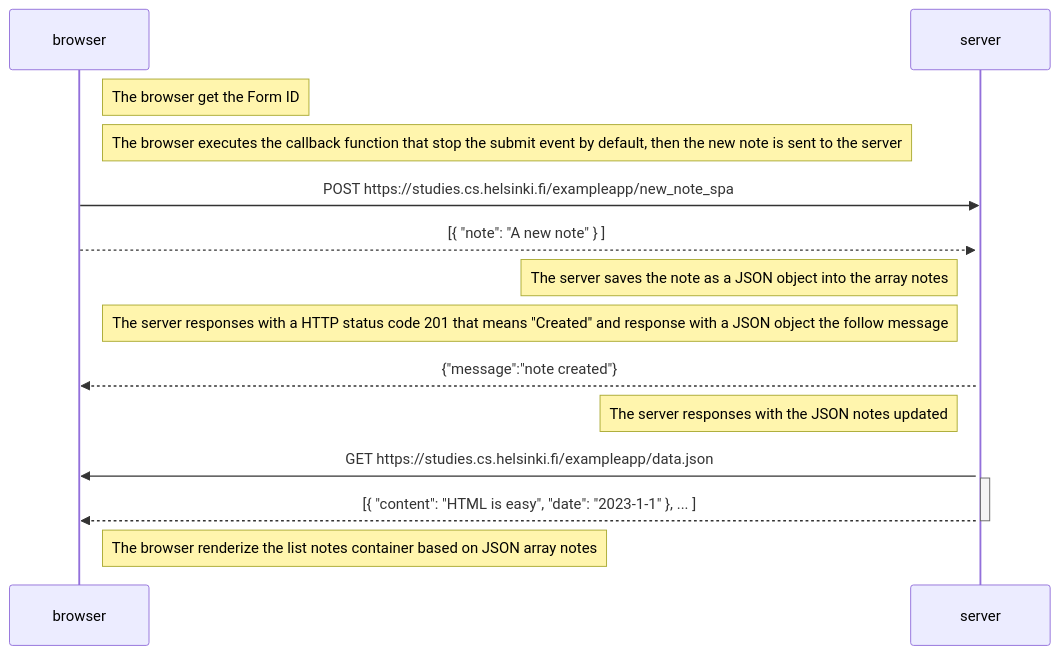
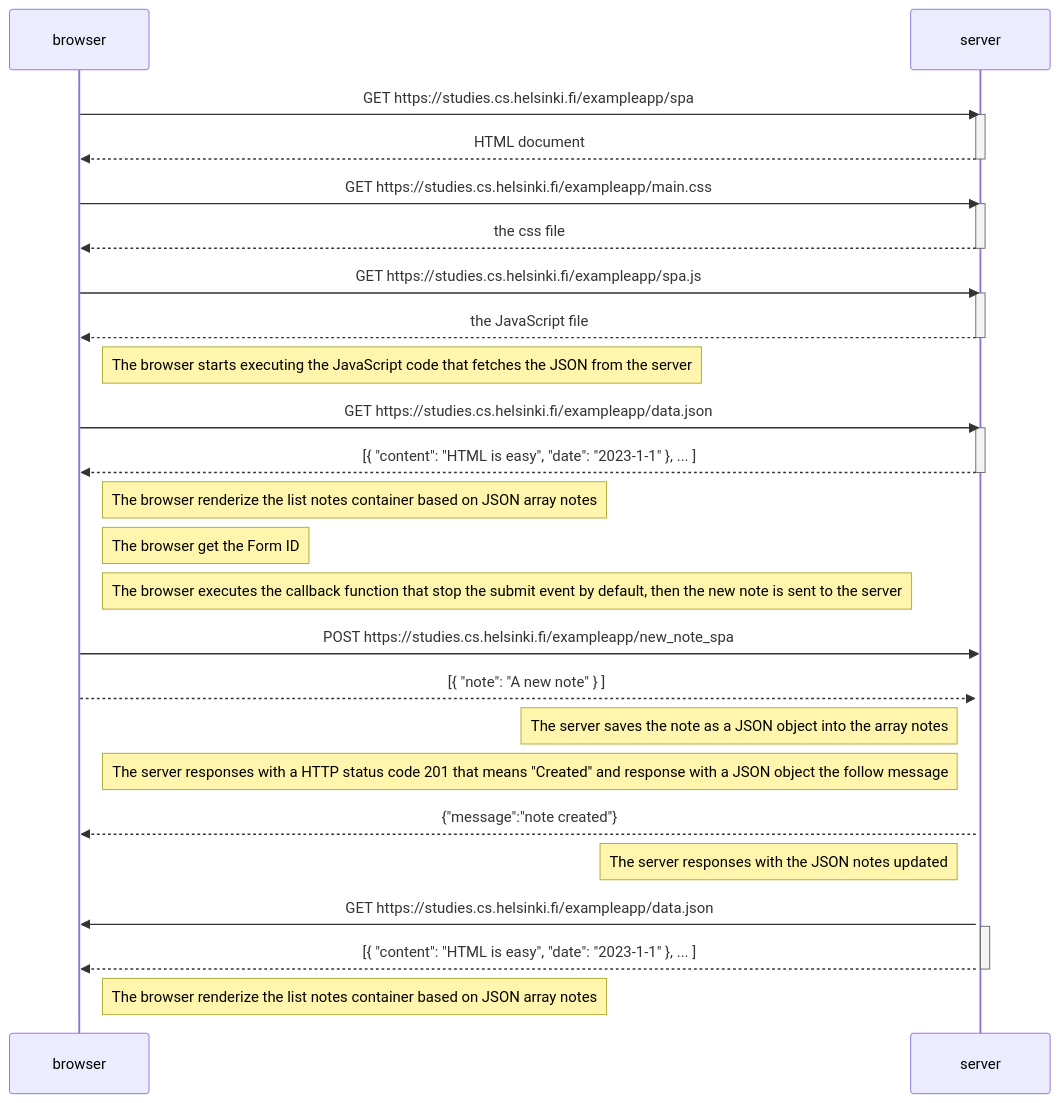
Before and after one commit to claudiainbytes/fullstackopen: the diagram in part0/06.md, drawn with Mermaid.

````diff
--- a/part0/06.md
+++ b/part0/06.md
@@ -1,28 +1,52 @@
 ```mermaid
 sequenceDiagram
     participant browser
     participant server
+
+    browser->>server: GET https://studies.cs.helsinki.fi/exampleapp/spa
+    activate server
+    server-->>browser: HTML document
+    deactivate server
+
+    browser->>server: GET https://studies.cs.helsinki.fi/exampleapp/main.css
+    activate server
+    server-->>browser: the css file
+    deactivate server
+
+    browser->>server: GET https://studies.cs.helsinki.fi/exampleapp/spa.js
+    activate server
+    server-->>browser: the JavaScript file
+    deactivate server
+
+    Note right of browser: The browser starts executing the JavaScript code that fetches the JSON from the server
+
+    browser->>server: GET https://studies.cs.helsinki.fi/exampleapp/data.json
+    activate server
+    server-->>browser: [{ "content": "HTML is easy", "date": "2023-1-1" }, ... ]
+    deactivate server
+
+    Note right of browser: The browser renderize the list notes container based on JSON array notes
 
     Note right of browser: The browser get the Form ID
 
     Note right of browser: The browser executes the callback function that stop the submit event by default, then the new note is sent to the server
 
     browser->>server: POST https://studies.cs.helsinki.fi/exampleapp/new_note_spa
     activate server
 
     browser-->>server: [{ "note": "A new note" } ]
 
     Note left of server: The server saves the note as a JSON object into the array notes
 
     Note left of server:  The server responses with a HTTP status code 201 that means "Created" and response with a JSON object the follow message
     server-->>browser: {"message":"note created"}
 
     Note left of server:  The server responses with the JSON notes updated 
     server->>browser: GET https://studies.cs.helsinki.fi/exampleapp/data.json
     activate server
     server-->>browser: [{ "content": "HTML is easy", "date": "2023-1-1" }, ... ]
     deactivate server
 
     Note right of browser: The browser renderize the list notes container based on JSON array notes
     
 ```
````
